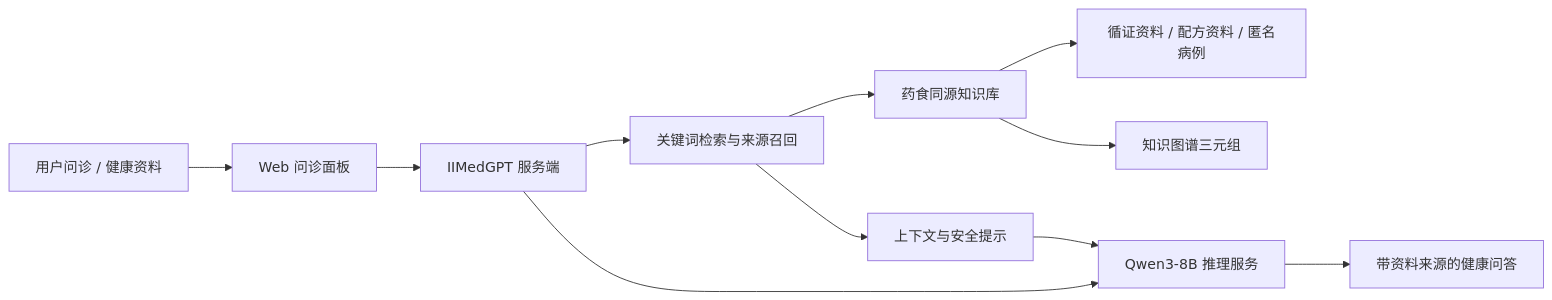
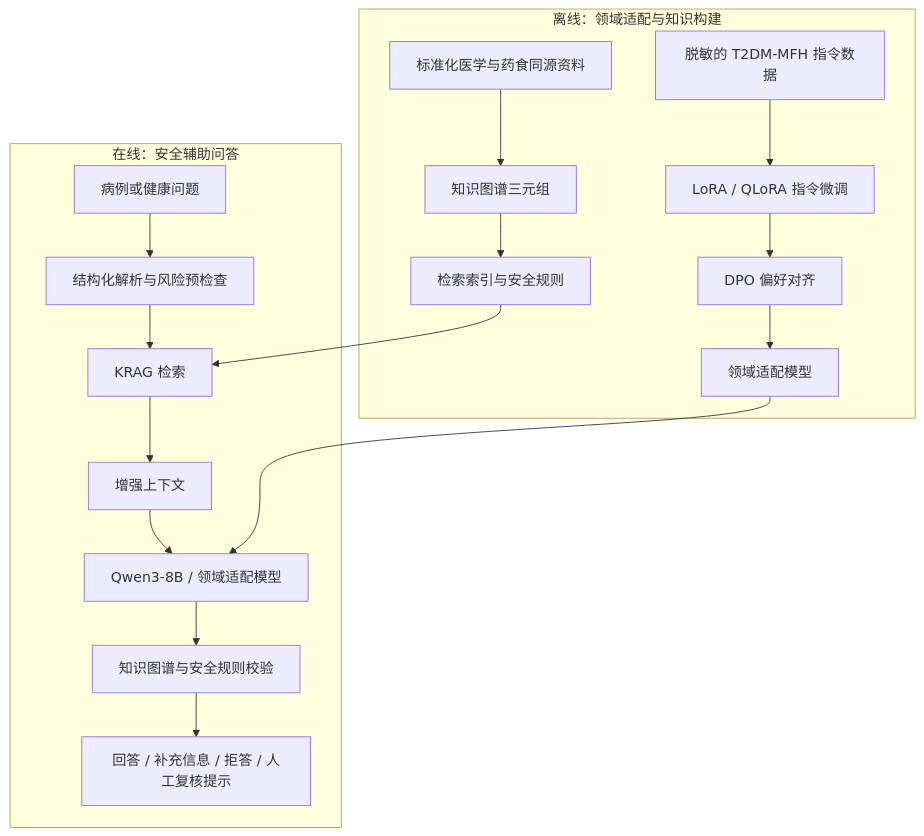
One commit to 3109607298/iimedgpt-health-assistant changed the second of 2 diagrams in README.md. Above: the diagram before and after it, drawn with Mermaid. The commit also changed other lines of this file and 1 other file, not shown here.

````diff
--- a/README.md
+++ b/README.md
@@ -30,13 +60,20 @@
 ```mermaid
-flowchart LR
-    U[用户问诊 / 健康资料] --> W[Web 问诊面板]
-    W --> S[IIMedGPT 服务端]
-    S --> R[关键词检索与来源召回]
-    R --> K[药食同源知识库]
-    K --> E[循证资料 / 配方资料 / 匿名病例]
-    K --> G[知识图谱三元组]
-    S --> M[Qwen3-8B 推理服务]
-    R --> C[上下文与安全提示]
-    C --> M
-    M --> A[带资料来源的健康问答]
+flowchart TB
+    subgraph Offline[离线：领域适配与知识构建]
+        D[脱敏的 T2DM-MFH 指令数据] --> SFT[LoRA / QLoRA 指令微调]
+        SFT --> DPO[DPO 偏好对齐]
+        DPO --> FM[领域适配模型]
+        K[标准化医学与药食同源资料] --> KG[知识图谱三元组]
+        KG --> KRAG[检索索引与安全规则]
+    end
+    subgraph Online[在线：安全辅助问答]
+        I[病例或健康问题] --> P[结构化解析与风险预检查]
+        P --> R[KRAG 检索]
+        R --> Q[增强上下文]
+        Q --> M[Qwen3-8B / 领域适配模型]
+        M --> V[知识图谱与安全规则校验]
+        V --> O[回答 / 补充信息 / 拒答 / 人工复核提示]
+    end
+    KRAG --> R
+    FM --> M
 ```
````
